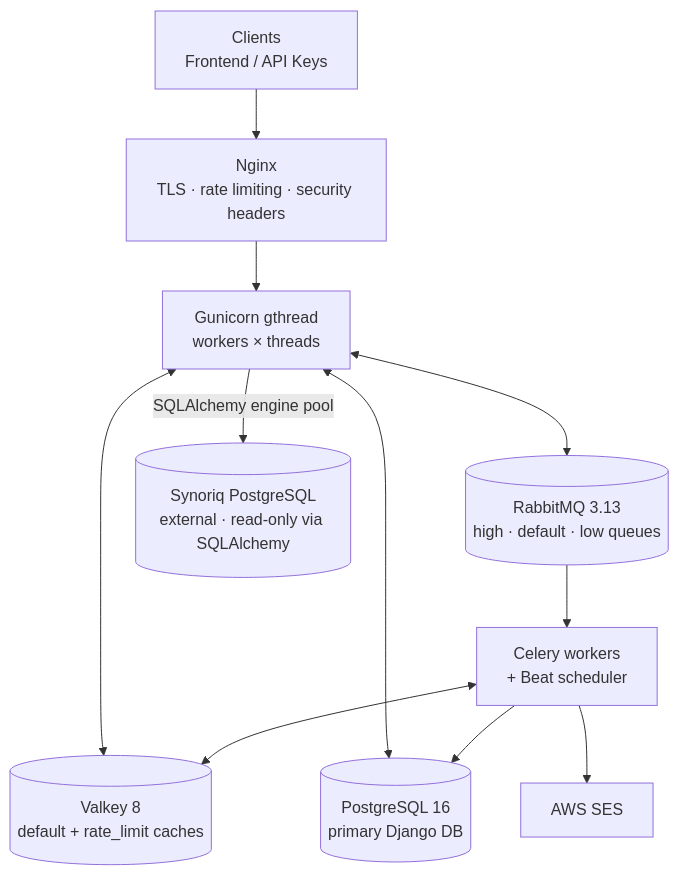
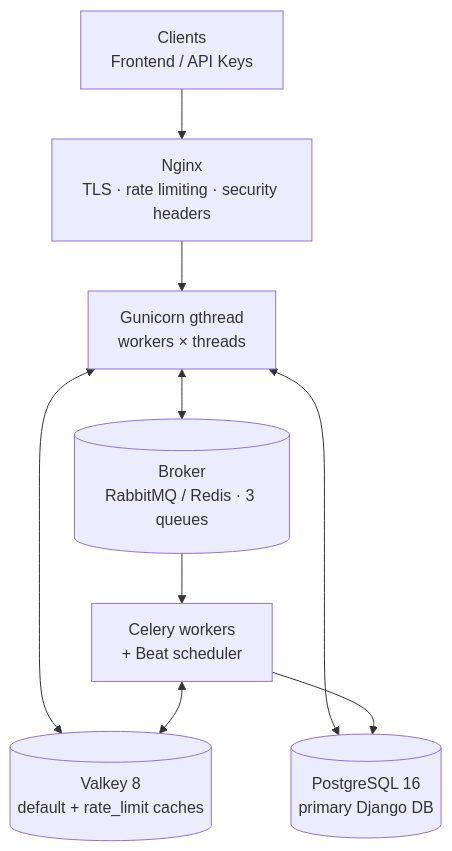
One commit to prajwalmahajan101/django_boilerplate changed the first of 2 diagrams in docs/architecture.md. Above: the diagram before and after it, drawn with Mermaid. The commit also changed other lines of this file and 20 other files, not shown here.

````diff
--- a/docs/architecture.md
+++ b/docs/architecture.md
@@ -47,23 +52,19 @@
 ```mermaid
 flowchart TB
     C[Clients<br/>Frontend / API Keys]
     N[Nginx<br/>TLS · rate limiting · security headers]
     G["Gunicorn gthread<br/>workers × threads"]
     V[(Valkey 8<br/>default + rate_limit caches)]
-    R[(RabbitMQ 3.13<br/>high · default · low queues)]
+    R[(Broker<br/>RabbitMQ / Redis · 3 queues)]
     P[(PostgreSQL 16<br/>primary Django DB)]
     CW["Celery workers<br/>+ Beat scheduler"]
-    S[(Synoriq PostgreSQL<br/>external · read-only via SQLAlchemy)]
-    SES[AWS SES]
 
     C --> N
     N --> G
     G <--> V
     G <--> R
     G <--> P
-    G -->|SQLAlchemy engine pool| S
     R --> CW
     CW --> P
-    CW --> SES
     CW <--> V
 ```
````
